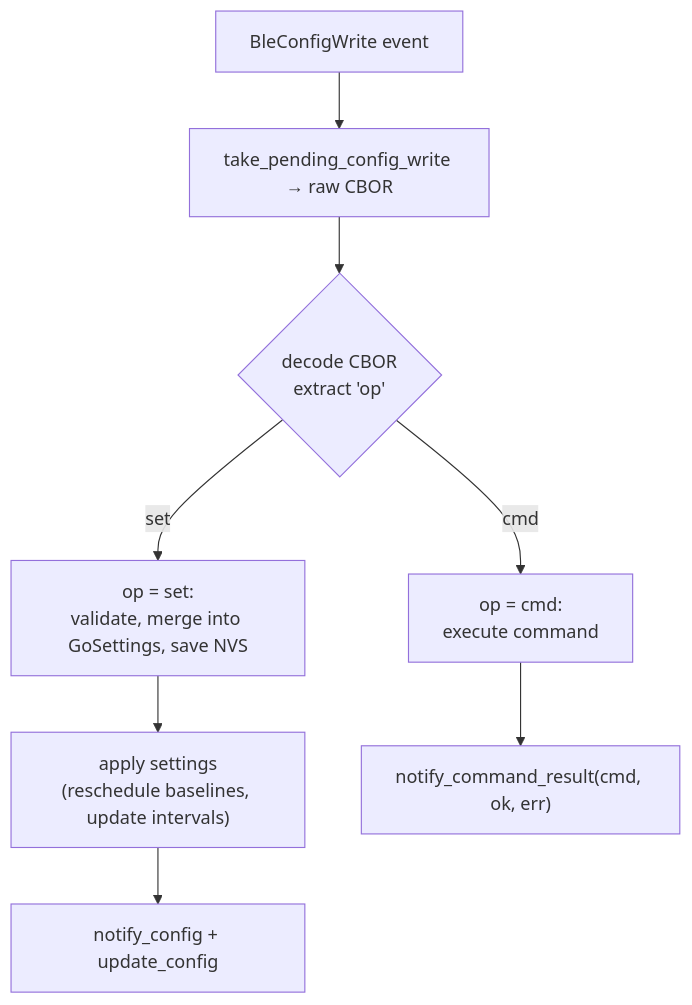
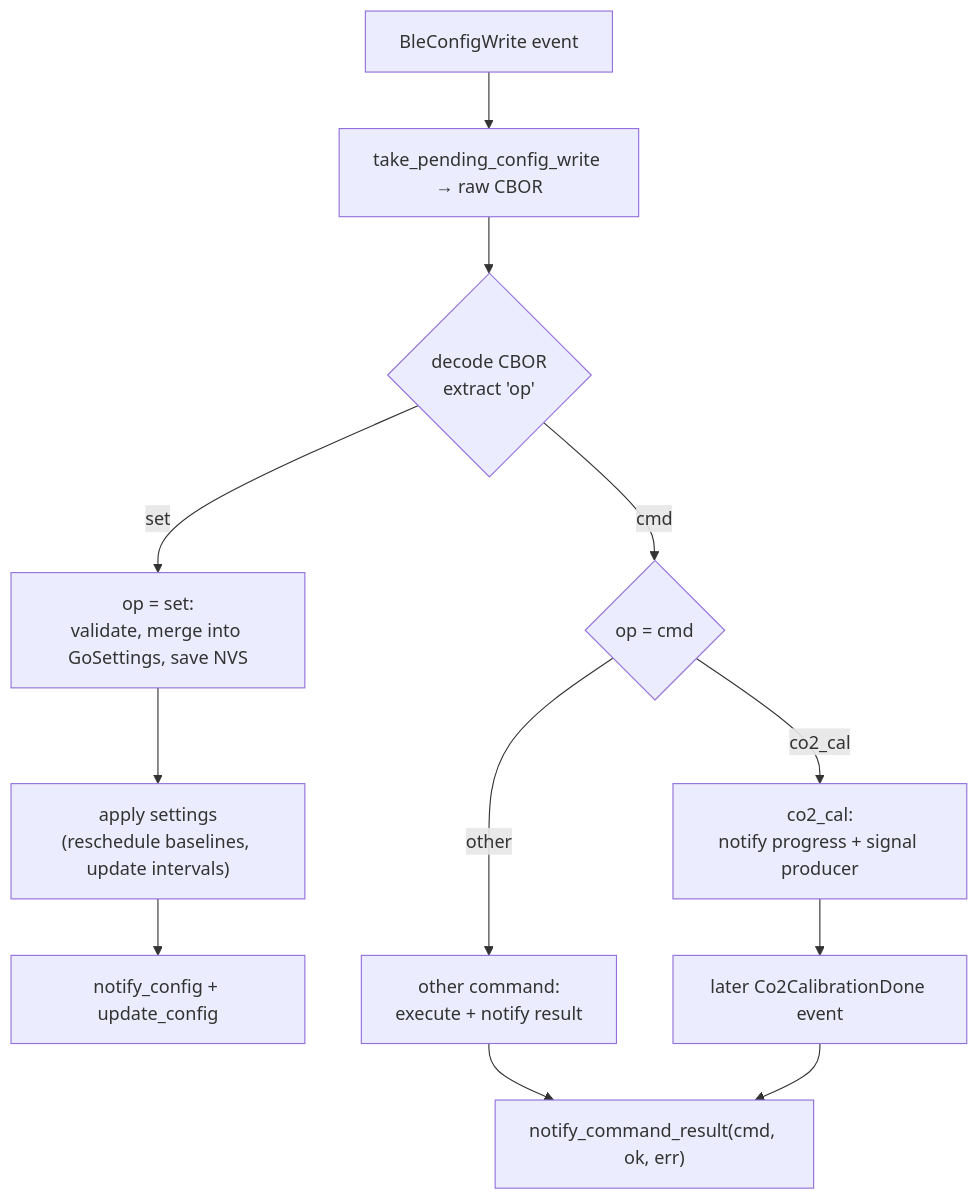
The fourth of 5 diagrams in products/go/docs/ble_service.md (mattMRBH/firmware-core), drawn with Mermaid before and after one commit. The commit also changed other lines of this file and 15 other files, not shown here.

````diff
--- a/products/go/docs/ble_service.md
+++ b/products/go/docs/ble_service.md
@@ -1108,15 +1140,20 @@
 ```mermaid
 flowchart TD
     Event["BleConfigWrite event"]
     Take["take_pending_config_write → raw CBOR"]
     Decode{"decode CBOR<br/>extract 'op'"}
     Set["op = set:<br/>validate, merge into GoSettings, save NVS"]
     Apply["apply settings<br/>(reschedule baselines, update intervals)"]
     NotifyCfg["notify_config + update_config"]
-    Cmd["op = cmd:<br/>execute command"]
+    Cmd{"op = cmd"}
+    Sync["other command:<br/>execute + notify result"]
+    Cal["co2_cal:<br/>notify progress + signal producer"]
+    Done["later Co2CalibrationDone event"]
     Result["notify_command_result(cmd, ok, err)"]
 
     Event --> Take --> Decode
     Decode -->|set| Set --> Apply --> NotifyCfg
-    Decode -->|cmd| Cmd --> Result
+    Decode -->|cmd| Cmd
+    Cmd -->|other| Sync --> Result
+    Cmd -->|co2_cal| Cal --> Done --> Result
 ```
````
